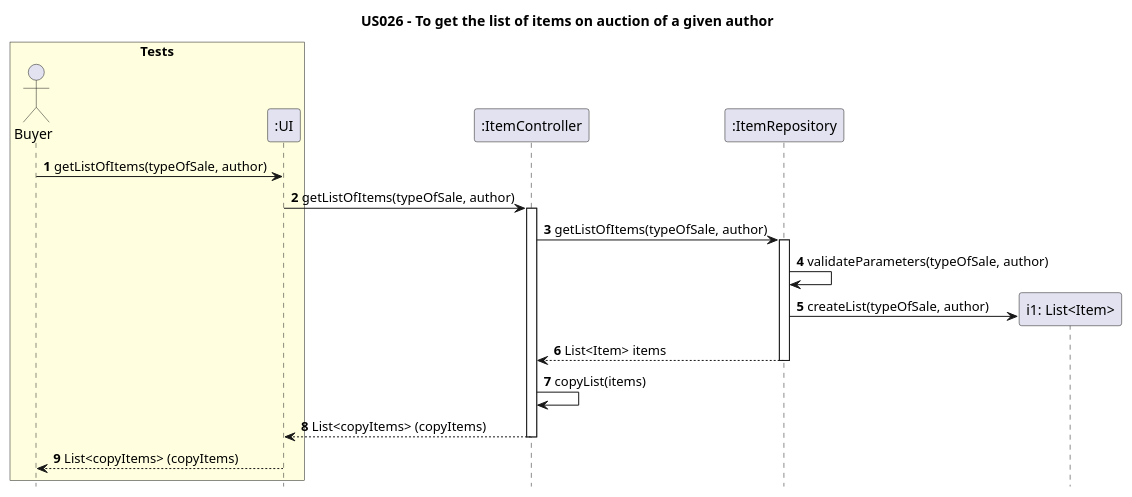
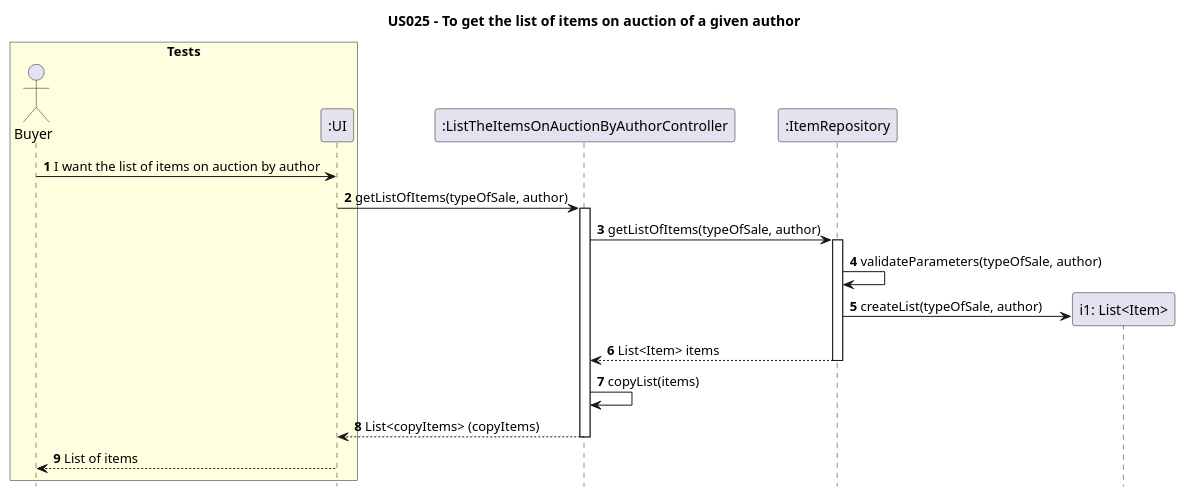
Before and after one commit to AndrePereiraGitH/SWitCH-Project-Team_A: the diagram in Diagrams/SequenceDiagrams/US026-to-get-the-list-of-items-on-auction-of-a-given-author.puml, drawn with PlantUML. The commit also changed 3 other files, not shown here.

```diff
--- a/Diagrams/SequenceDiagrams/US026-to-get-the-list-of-items-on-auction-of-a-given-author.puml
+++ b/Diagrams/SequenceDiagrams/US026-to-get-the-list-of-items-on-auction-of-a-given-author.puml
@@ -1,39 +1,39 @@
 @startuml
 
 hide footbox
-title US026 - To get the list of items on auction of a given author
+title US025 - To get the list of items on auction of a given author
 
 box "Tests" #LightYellow
 actor Buyer
 participant ":UI" as UI
 end box
 
-participant ":ItemController" as ItemController
+participant ":ListTheItemsOnAuctionByAuthorController" as ListTheItemsOnAuctionByAuthorController
 participant ":ItemRepository" as ItemRepository
 
-Buyer -> UI : **1** getListOfItems(typeOfSale, author)
+Buyer -> UI : **1** I want the list of items on auction by author
 
-UI -> ItemController : **2** getListOfItems(typeOfSale, author)
-activate ItemController
+UI -> ListTheItemsOnAuctionByAuthorController : **2** getListOfItems(typeOfSale, author)
+activate ListTheItemsOnAuctionByAuthorController
 
-ItemController -> ItemRepository : **3** getListOfItems(typeOfSale, author)
+ListTheItemsOnAuctionByAuthorController -> ItemRepository : **3** getListOfItems(typeOfSale, author)
 activate ItemRepository
 
 ' ItemRepository -> ItemRepository : **4** convertStringToEnum(typeOfSale, author)
 
 ItemRepository -> ItemRepository : **4** validateParameters(typeOfSale, author)
 
 create "i1: List<Item>" as Item
 ItemRepository -> Item : **5** createList(typeOfSale, author)
 
-ItemRepository --> ItemController : **6** List<Item> items
+ItemRepository --> ListTheItemsOnAuctionByAuthorController : **6** List<Item> items
 deactivate ItemRepository
 
-ItemController -> ItemController : **7** copyList(items)
+ListTheItemsOnAuctionByAuthorController -> ListTheItemsOnAuctionByAuthorController : **7** copyList(items)
 
-ItemController --> UI : **8** List<copyItems> (copyItems)
-deactivate ItemController
+ListTheItemsOnAuctionByAuthorController --> UI : **8** List<copyItems> (copyItems)
+deactivate ListTheItemsOnAuctionByAuthorController
 
-UI --> Buyer : **9** List<copyItems> (copyItems)
+UI --> Buyer : **9** List of items
 
 @enduml
```
